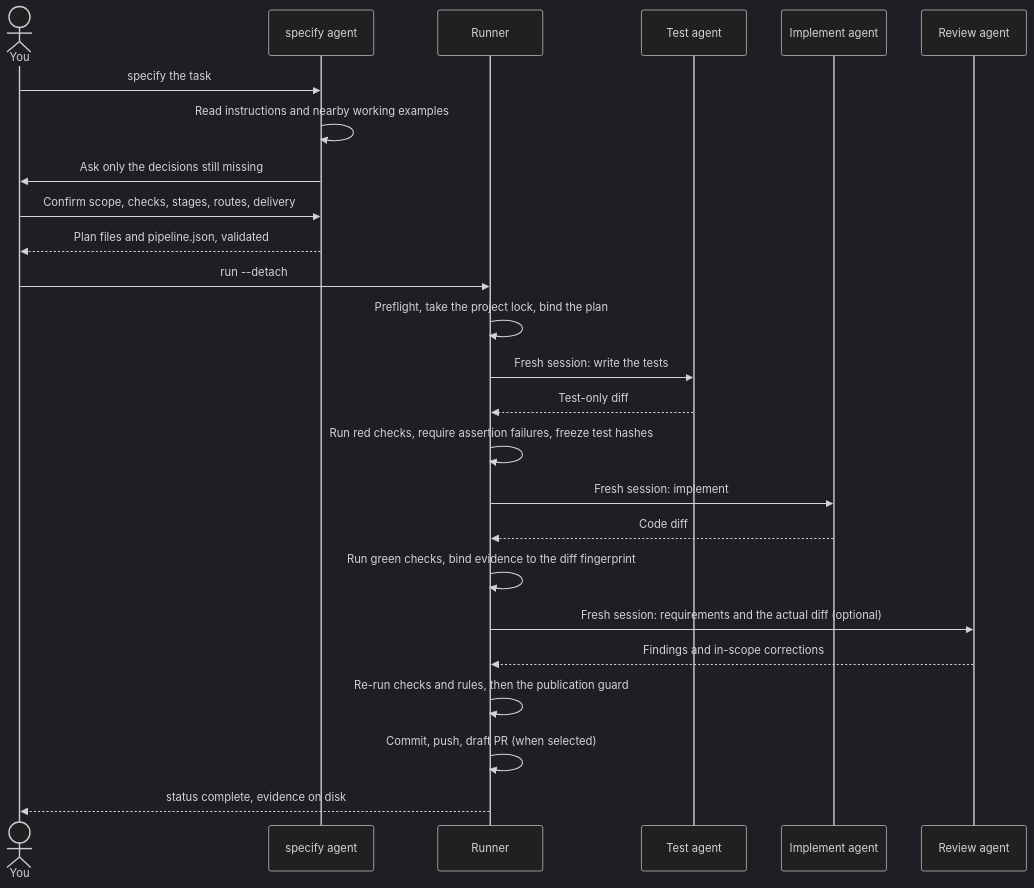
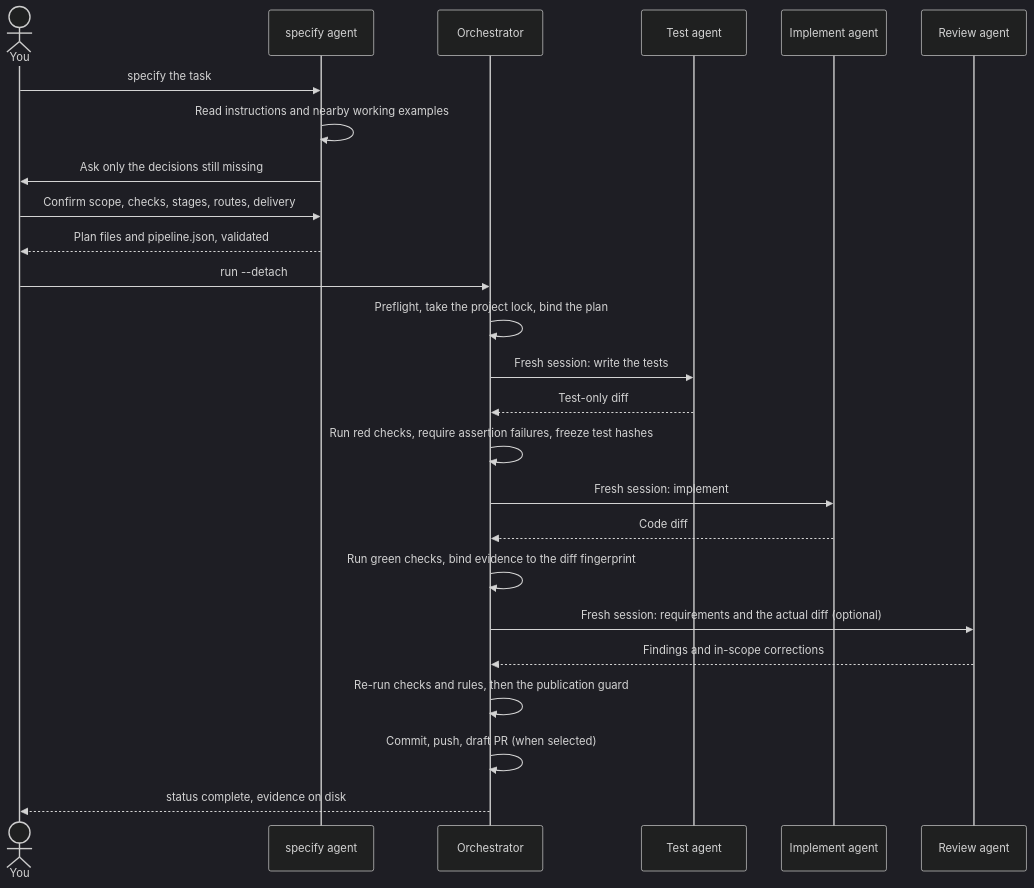
Before and after one commit to MarkoArsov/agent-workflow: the diagram in docs-data/diagrams/timeline.mmd, drawn with Mermaid (dark theme). The commit also changed 45 other files, not shown here.

```diff
--- a/docs-data/diagrams/timeline.mmd
+++ b/docs-data/diagrams/timeline.mmd
@@ -1,26 +1,26 @@
 %% End-to-end timeline of a full-lane task. Rendered by hand as timeline.html.
 sequenceDiagram
     actor Y as You
     participant S as specify agent
-    participant R as Runner
+    participant R as Orchestrator
     participant T as Test agent
     participant I as Implement agent
     participant V as Review agent
     Y->>S: specify the task
     S->>S: Read instructions and nearby working examples
     S->>Y: Ask only the decisions still missing
     Y->>S: Confirm scope, checks, stages, routes, delivery
     S-->>Y: Plan files and pipeline.json, validated
     Y->>R: run --detach
     R->>R: Preflight, take the project lock, bind the plan
     R->>T: Fresh session: write the tests
     T-->>R: Test-only diff
     R->>R: Run red checks, require assertion failures, freeze test hashes
     R->>I: Fresh session: implement
     I-->>R: Code diff
     R->>R: Run green checks, bind evidence to the diff fingerprint
     R->>V: Fresh session: requirements and the actual diff (optional)
     V-->>R: Findings and in-scope corrections
     R->>R: Re-run checks and rules, then the publication guard
     R->>R: Commit, push, draft PR (when selected)
     R-->>Y: status complete, evidence on disk
```
